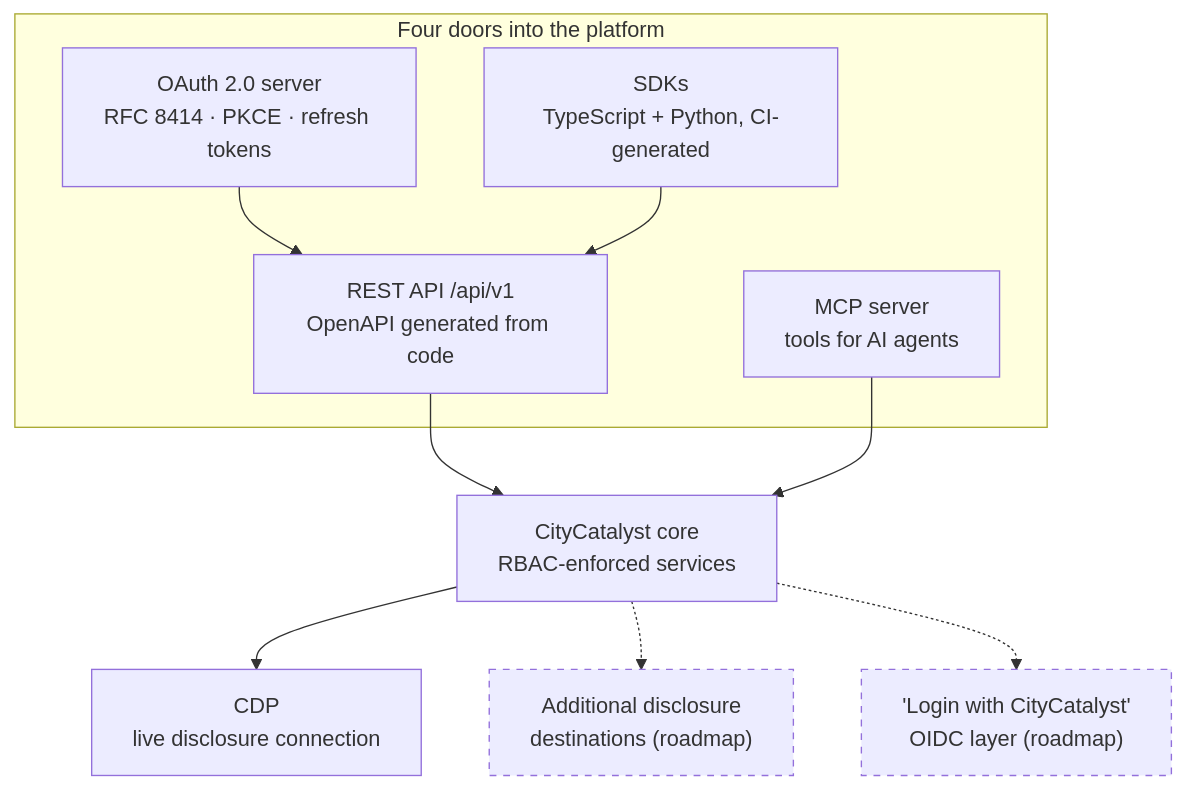
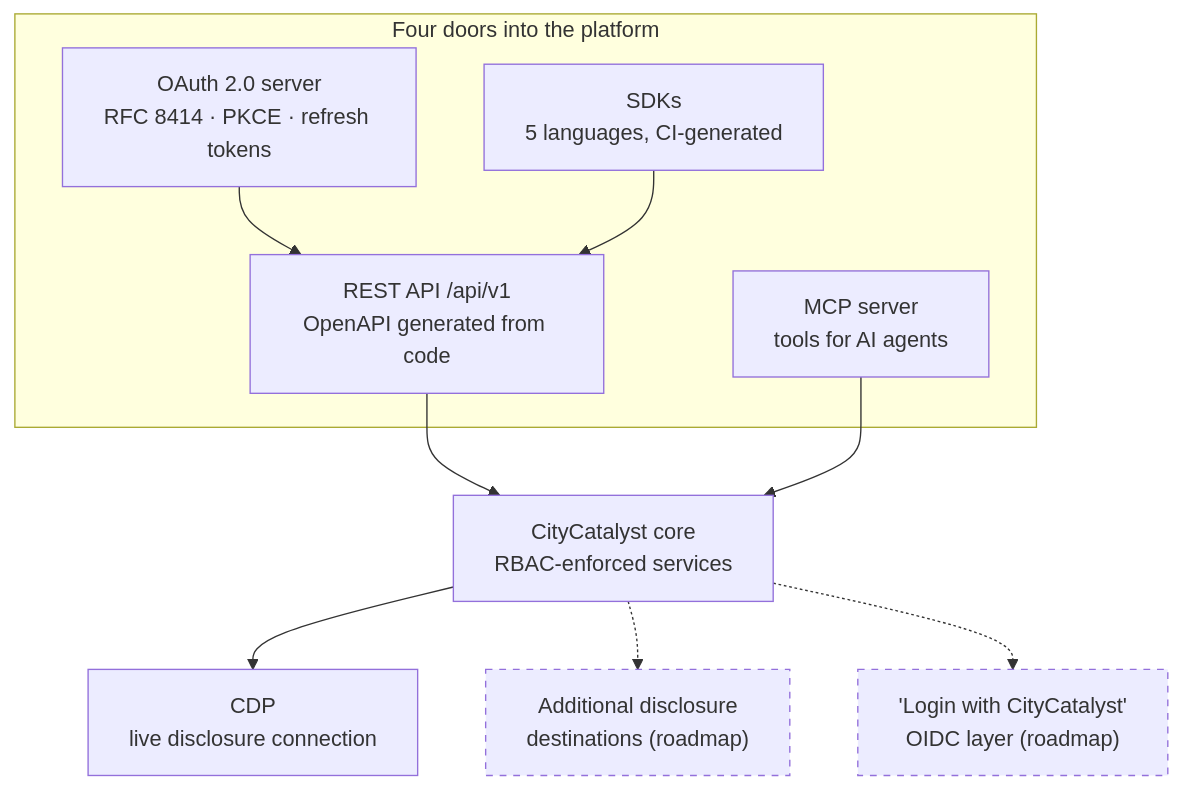
The third of 6 diagrams in docs/TechDeepDiveIntoCityCatalyst.md (Open-Earth-Foundation/CityCatalyst), drawn with Mermaid before and after one commit. The commit also changed other lines of this file, not shown here.

````diff
--- a/docs/TechDeepDiveIntoCityCatalyst.md
+++ b/docs/TechDeepDiveIntoCityCatalyst.md
@@ -119,23 +119,23 @@
 ```mermaid
 flowchart TB
     subgraph "Four doors into the platform"
         D1["REST API /api/v1<br/>OpenAPI generated from code"]
         D2["OAuth 2.0 server<br/>RFC 8414 · PKCE · refresh tokens"]
-        D3["SDKs<br/>TypeScript + Python, CI-generated"]
+        D3["SDKs<br/>5 languages, CI-generated"]
         D4["MCP server<br/>tools for AI agents"]
     end
 
     CORE["CityCatalyst core<br/>RBAC-enforced services"]
 
     D1 --> CORE
     D2 --> D1
     D3 --> D1
     D4 --> CORE
 
     CORE --> CDP["CDP<br/>live disclosure connection"]
     CORE -.-> NEXT["Additional disclosure<br/>destinations (roadmap)"]
     CORE -.-> OIDC["'Login with CityCatalyst'<br/>OIDC layer (roadmap)"]
 
     style NEXT stroke-dasharray: 5 5
     style OIDC stroke-dasharray: 5 5
 ```
````
